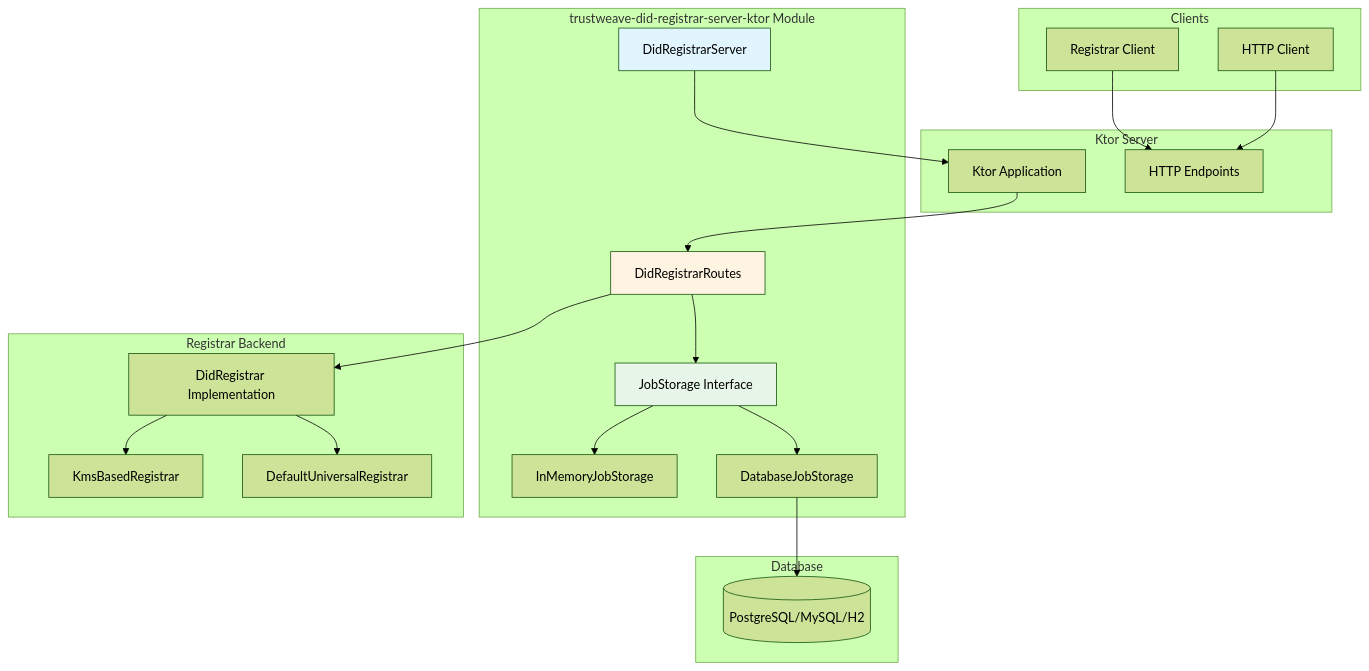
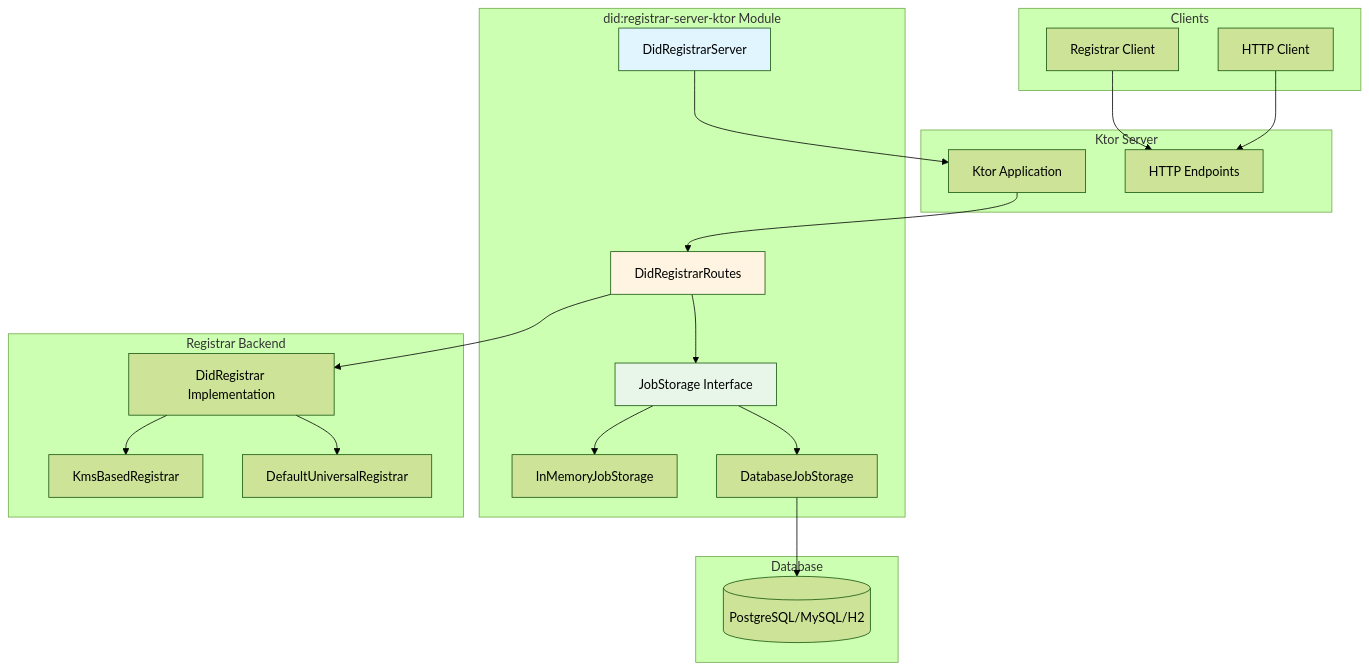
One commit to geoknoesis/trustweave changed the first of 3 diagrams in docs/modules/trustweave-did-registrar-server.md. Above: the diagram before and after it, drawn with Mermaid (forest theme). The commit also changed other lines of this file and 184 other files, not shown here.

````diff
--- a/docs/modules/trustweave-did-registrar-server.md
+++ b/docs/modules/trustweave-did-registrar-server.md
@@ -36,47 +36,47 @@
 ```mermaid
 graph TB
-    subgraph "trustweave-did-registrar-server-ktor Module"
+    subgraph "did:registrar-server-ktor Module"
         Server[DidRegistrarServer]
         Routes[DidRegistrarRoutes]
         Storage[JobStorage Interface]
         InMemoryStorage[InMemoryJobStorage]
         DatabaseStorage[DatabaseJobStorage]
     end
 
     subgraph "Database"
         DB[(PostgreSQL/MySQL/H2)]
     end
 
     subgraph "Ktor Server"
         KtorApp[Ktor Application]
         HTTP[HTTP Endpoints]
     end
 
     subgraph "Registrar Backend"
         DidRegistrar[DidRegistrar Implementation]
         KmsRegistrar[KmsBasedRegistrar]
         DefaultUR[DefaultUniversalRegistrar]
     end
 
     subgraph "Clients"
         HTTPClient[HTTP Client]
         RegistrarClient[Registrar Client]
     end
 
     Server --> KtorApp
     KtorApp --> Routes
     Routes --> Storage
     Storage --> InMemoryStorage
     Storage --> DatabaseStorage
     DatabaseStorage --> DB
     Routes --> DidRegistrar
     DidRegistrar --> KmsRegistrar
     DidRegistrar --> DefaultUR
 
     HTTPClient --> HTTP
     RegistrarClient --> HTTP
 
     style Server fill:#e1f5ff
     style Routes fill:#fff4e1
     style Storage fill:#e8f5e9
 ```
````
